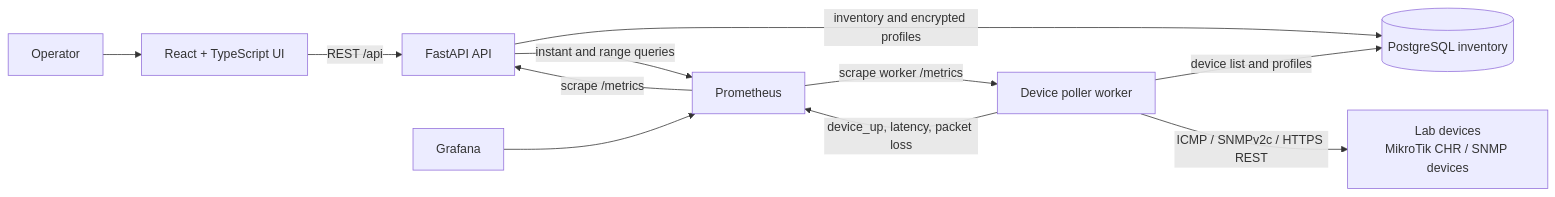
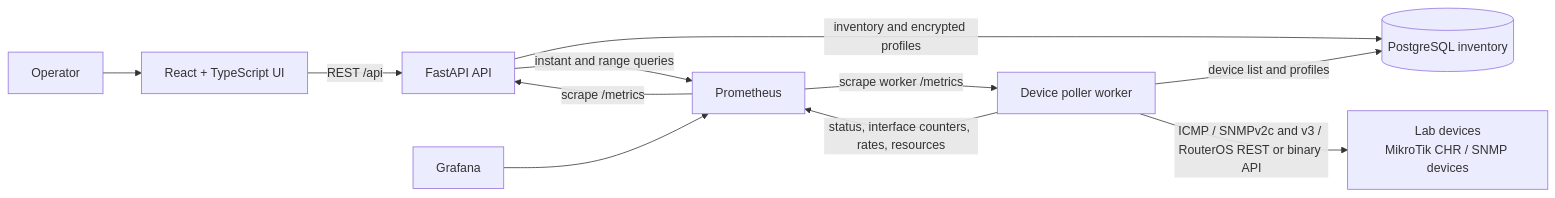
The diagram in docs/system-flow.md (Ryuuen8/mgkk-monitoring-tool), drawn with Mermaid before and after one commit. The commit also changed other lines of this file and 39 other files, not shown here.

First line of the commit message:
feat: add network interface model, schemas, and collectors

````diff
--- a/docs/system-flow.md
+++ b/docs/system-flow.md
@@ -13,22 +13,22 @@
 ```mermaid
 flowchart LR
     Operator[Operator]
     UI[React + TypeScript UI]
     API[FastAPI API]
     DB[(PostgreSQL inventory)]
     Worker[Device poller worker]
     Targets[Lab devices\nMikroTik CHR / SNMP devices]
     Prom[Prometheus]
     Grafana[Grafana]
 
     Operator --> UI
     UI -->|REST /api| API
     API -->|inventory and encrypted profiles| DB
     Worker -->|device list and profiles| DB
-    Worker -->|ICMP / SNMPv2c / HTTPS REST| Targets
-    Worker -->|device_up, latency, packet loss| Prom
+    Worker -->|ICMP / SNMPv2c and v3 / RouterOS REST or binary API| Targets
+    Worker -->|status, interface counters, rates, resources| Prom
     API -->|instant and range queries| Prom
     Prom -->|scrape /metrics| API
     Prom -->|scrape worker /metrics| Worker
     Grafana --> Prom
 ```
````
